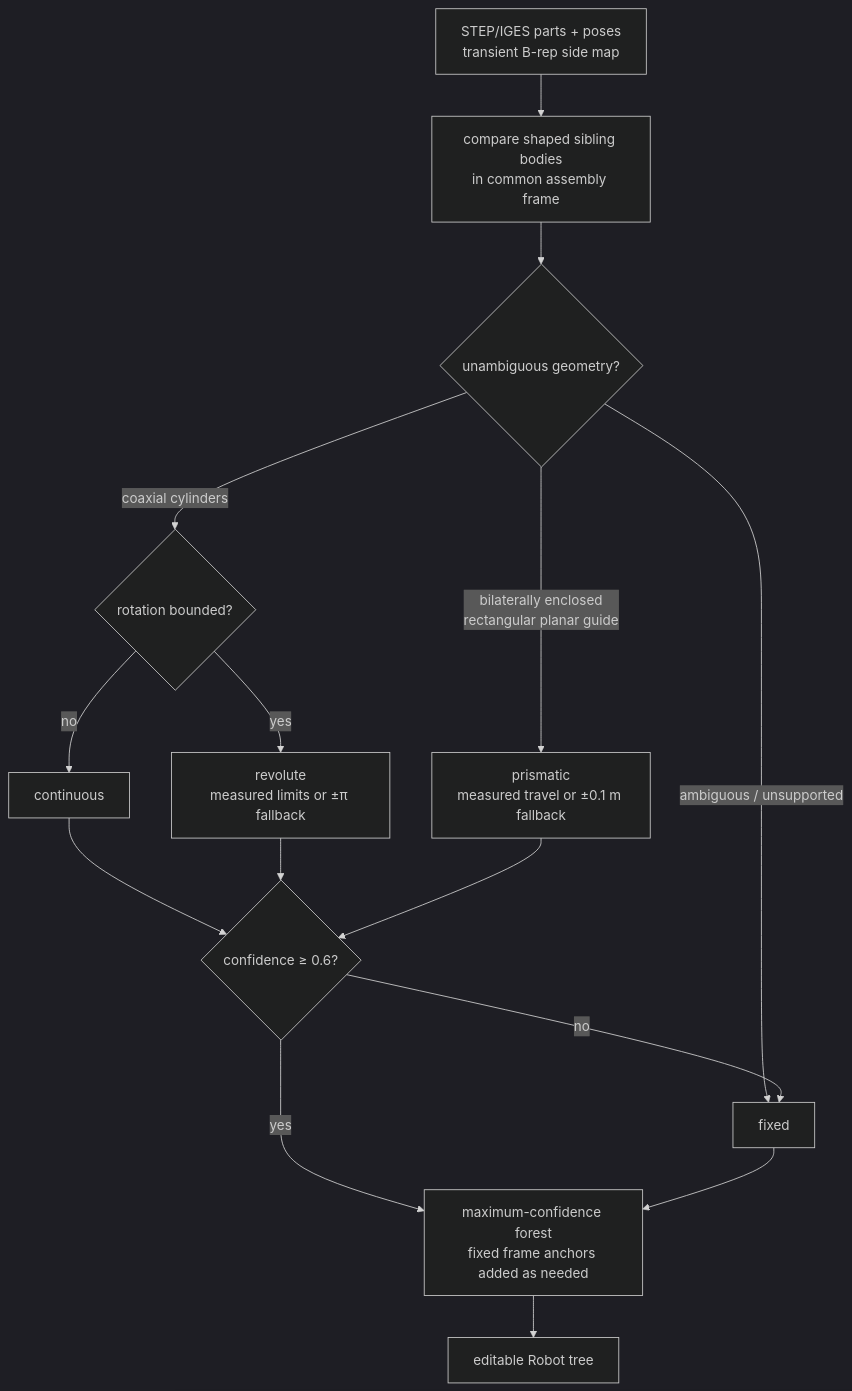
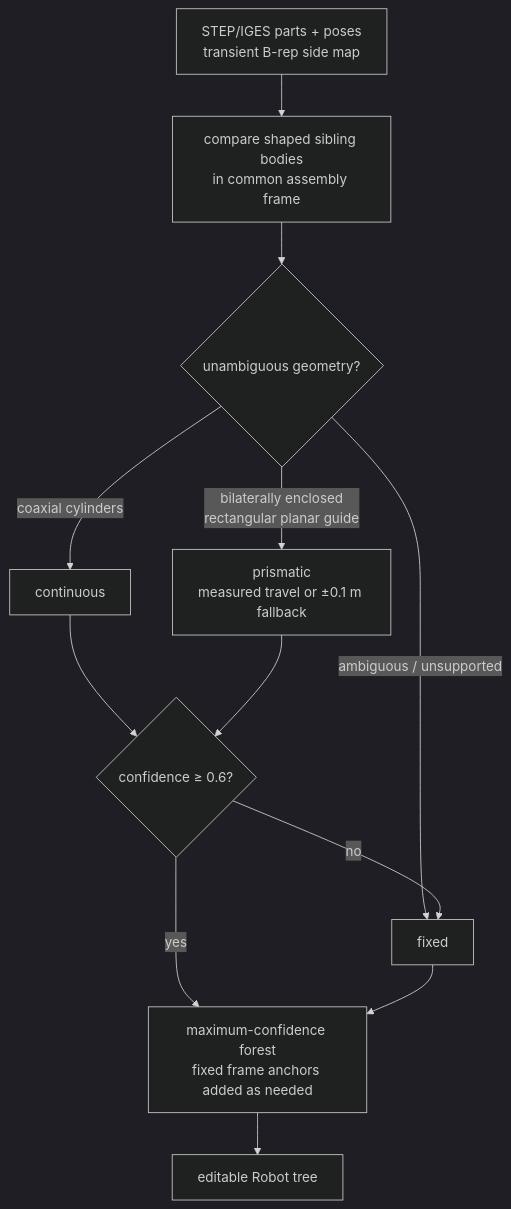
Before and after one commit to boelnasr/CAD_TO_URDF: the fifth of 11 diagrams in README.md, drawn with Mermaid (dark theme). The commit also changed other lines of this file and 3 other files, not shown here.

````diff
--- a/README.md
+++ b/README.md
@@ -447,17 +456,14 @@
 ```mermaid
 flowchart TD
     A["STEP/IGES parts + poses<br/>transient B-rep side map"] --> B["compare shaped sibling bodies<br/>in common assembly frame"]
     B --> C{"unambiguous geometry?"}
-    C -->|"coaxial cylinders"| D{"rotation bounded?"}
-    D -->|no| E["continuous"]
-    D -->|yes| F["revolute<br/>measured limits or ±π fallback"]
+    C -->|"coaxial cylinders"| E["continuous"]
     C -->|"bilaterally enclosed<br/>rectangular planar guide"| G["prismatic<br/>measured travel or ±0.1 m fallback"]
     C -->|"ambiguous / unsupported"| H["fixed"]
     E --> I{"confidence ≥ 0.6?"}
-    F --> I
     G --> I
     I -->|no| H
     I -->|yes| J["maximum-confidence forest<br/>fixed frame anchors added as needed"]
     H --> J
     J --> K["editable Robot tree"]
 ```
````
